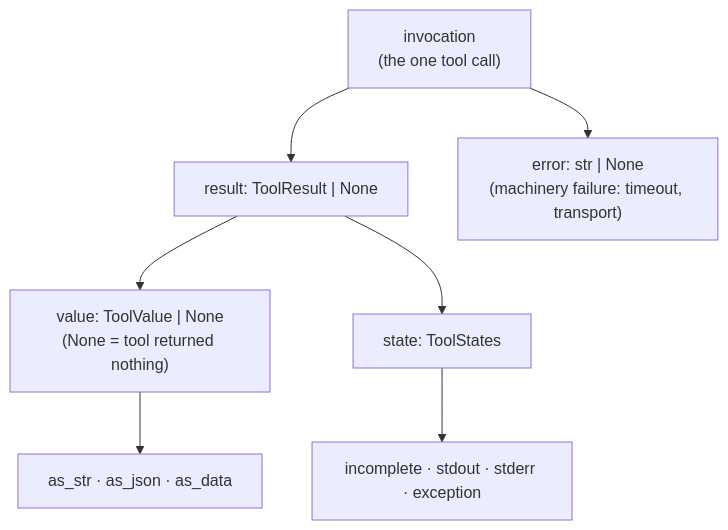
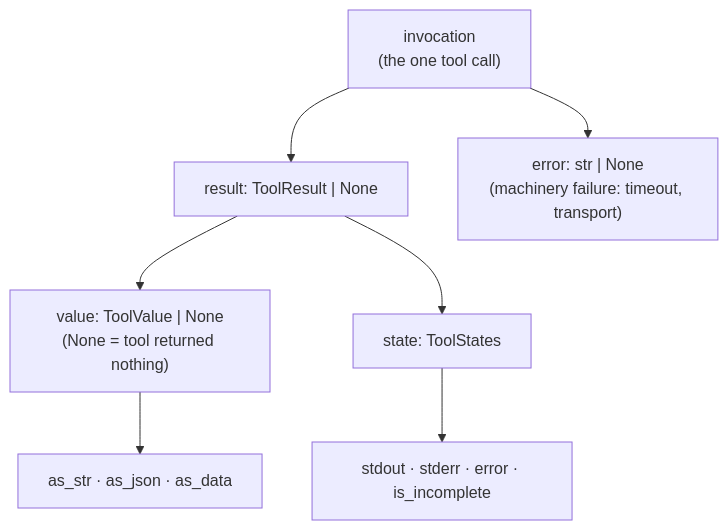
One commit to tokeo/fundi changed the second of 3 diagrams in tokeo/core/ai/GOVERNORS.md. Above: the diagram before and after it, drawn with Mermaid. The commit also changed other lines of this file and 32 other files, not shown here.

Commit message:
mod: data fields by is_ and _name, ToolStates error, confirmations at as datetime, ctx get_tracked, _setup takes item

````diff
--- a/tokeo/core/ai/GOVERNORS.md
+++ b/tokeo/core/ai/GOVERNORS.md
@@ -75,10 +75,10 @@
 ```mermaid
 flowchart TD
     Inv["invocation<br/>(the one tool call)"] --> Result
     Inv --> Error
     Result["result: ToolResult | None"] --> Value
     Result --> State
     Value["value: ToolValue | None<br/>(None = tool returned nothing)"] --> Views["as_str · as_json · as_data"]
-    State["state: ToolStates"] --> Fields["incomplete · stdout · stderr · exception"]
+    State["state: ToolStates"] --> Fields["stdout · stderr · error · is_incomplete"]
     Error["error: str | None<br/>(machinery failure: timeout, transport)"]
 ```
````
